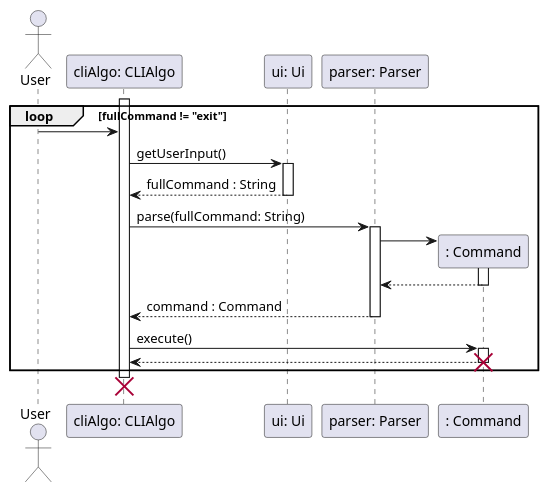
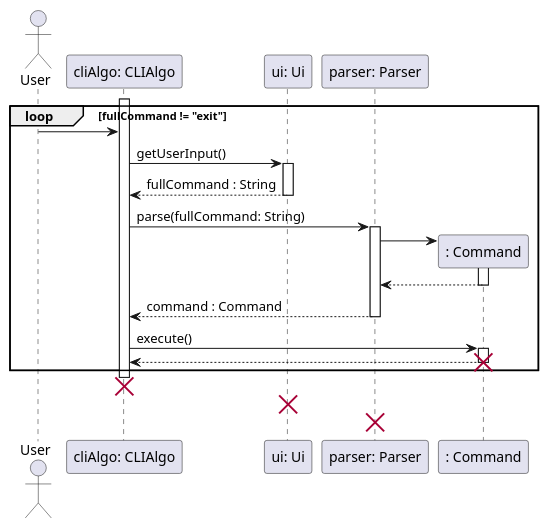
One commit to ong-ck/tp changed the diagram in docs/sequence-diagrams/source-files/Architecture.puml. Above: the diagram before and after it, drawn with PlantUML. The commit also changed 10 other files, not shown here.

Commit message:
Edit sequence diagram to be clearer

```diff
--- a/docs/sequence-diagrams/source-files/Architecture.puml
+++ b/docs/sequence-diagrams/source-files/Architecture.puml
@@ -1,28 +1,30 @@
 @startuml
 actor User
 participant "cliAlgo: CLIAlgo" as CLIAlgo
 participant "ui: Ui" as Ui
 participant "parser: Parser" as Parser
 participant ": Command" as Command
 
 activate CLIAlgo
     loop fullCommand != "exit"
     User -> CLIAlgo
     CLIAlgo -> Ui : getUserInput()
     activate Ui
     return fullCommand : String
 
     CLIAlgo -> Parser : parse(fullCommand: String)
     activate Parser
         Parser -> Command **
         activate Command
         return
     return command : Command
 
     CLIAlgo -> Command : execute()
     activate Command
     return
     destroy Command
     end
 destroy CLIAlgo
+destroy Ui
+destroy Parser
 @enduml
```
